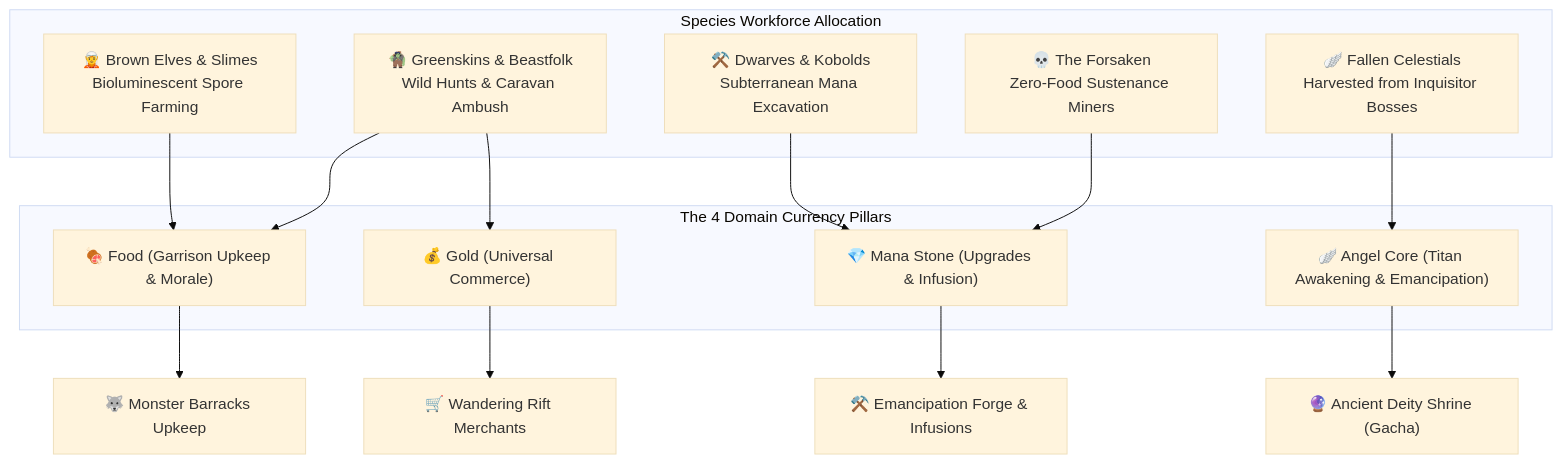
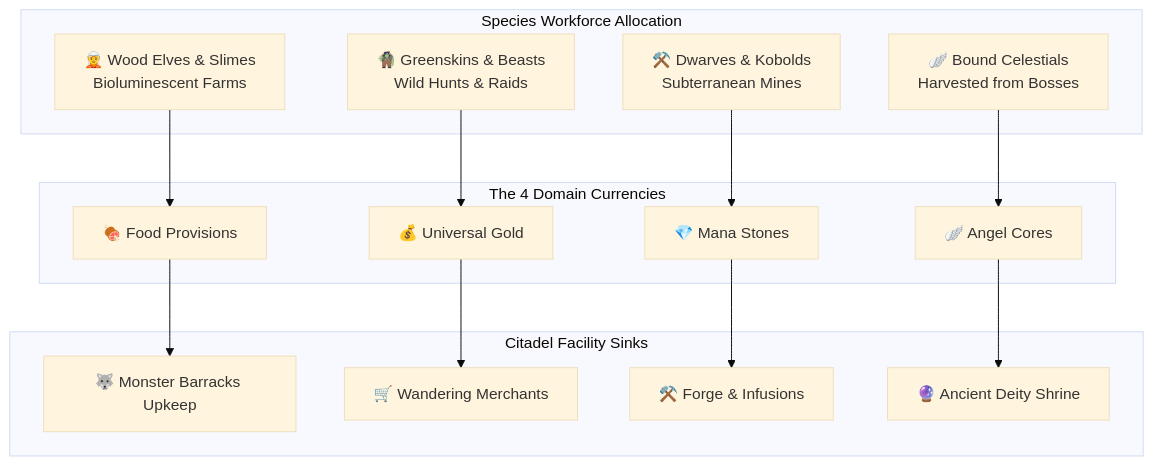
The fifth of 5 diagrams in wiki/07-Broad-Races-and-Factions.md (NealversePrime/ElementalHexTactics3D), drawn with Mermaid (base theme) before and after one commit. The commit also changed other lines of this file and 2 other files, not shown here.

Commit message:
fix(wiki): optimize Mermaid diagram layouts to prevent text clipping on GitHub

````diff
--- a/wiki/07-Broad-Races-and-Factions.md
+++ b/wiki/07-Broad-Races-and-Factions.md
@@ -326,29 +325,28 @@
 ```mermaid
 flowchart TD
-    subgraph Resources["The 4 Domain Currency Pillars"]
-        G["💰 Gold (Universal Commerce)"]
-        F["🍖 Food (Garrison Upkeep & Morale)"]
-        M["💎 Mana Stone (Upgrades & Infusion)"]
-        C["🪽 Angel Core (Titan Awakening & Emancipation)"]
+    subgraph Workforce["Species Workforce Allocation"]
+        W1["🧝 Wood Elves & Slimes<br/>Bioluminescent Farms"]
+        W2["🧌 Greenskins & Beasts<br/>Wild Hunts & Raids"]
+        W3["⚒️ Dwarves & Kobolds<br/>Subterranean Mines"]
+        W4["🪽 Bound Celestials<br/>Harvested from Bosses"]
     end
 
-    subgraph Workforce["Species Workforce Allocation"]
-        W_Elves["🧝 Brown Elves & Slimes<br/>Bioluminescent Spore Farming"]
-        W_Greenskins["🧌 Greenskins & Beastfolk<br/>Wild Hunts & Caravan Ambush"]
-        W_Dwarves["⚒️ Dwarves & Kobolds<br/>Subterranean Mana Excavation"]
-        W_Undead["💀 The Forsaken<br/>Zero-Food Sustenance Miners"]
-        W_Trophy["🪽 Fallen Celestials<br/>Harvested from Inquisitor Bosses"]
+    subgraph Currencies["The 4 Domain Currencies"]
+        F["🍖 Food Provisions"]
+        G["💰 Universal Gold"]
+        M["💎 Mana Stones"]
+        C["🪽 Angel Cores"]
     end
 
-    W_Elves --> F
-    W_Greenskins --> G
-    W_Greenskins --> F
-    W_Dwarves --> M
-    W_Undead --> M
-    W_Trophy --> C
+    subgraph Facilities["Citadel Facility Sinks"]
+        F1["🐺 Monster Barracks Upkeep"]
+        F2["🛒 Wandering Merchants"]
+        F3["⚒️ Forge & Infusions"]
+        F4["🔮 Ancient Deity Shrine"]
+    end
 
-    F --> Barracks["🐺 Monster Barracks Upkeep"]
-    M --> ForgeFacility["⚒️ Emancipation Forge & Infusions"]
-    C --> ShrineFacility["🔮 Ancient Deity Shrine (Gacha)"]
-    G --> MerchantHub["🛒 Wandering Rift Merchants"]
+    W1 --> F --> F1
+    W2 --> G --> F2
+    W3 --> M --> F3
+    W4 --> C --> F4
 ```
````
